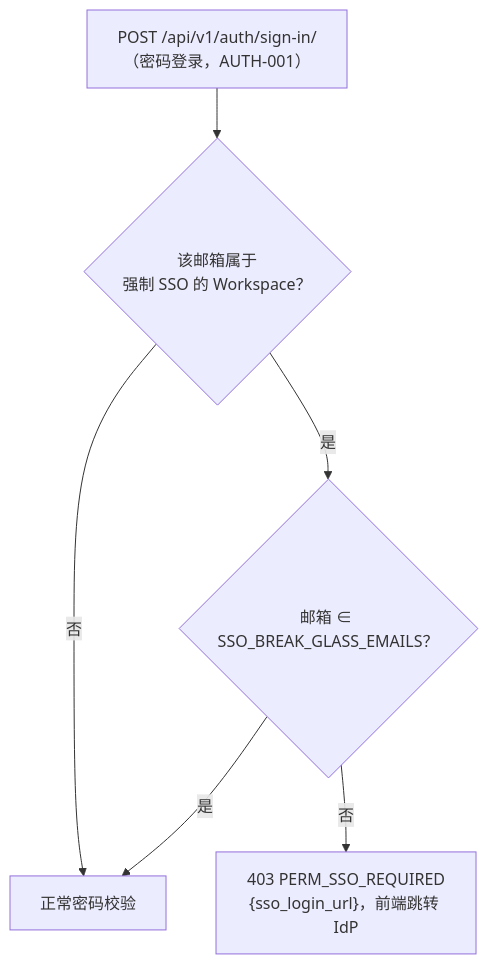
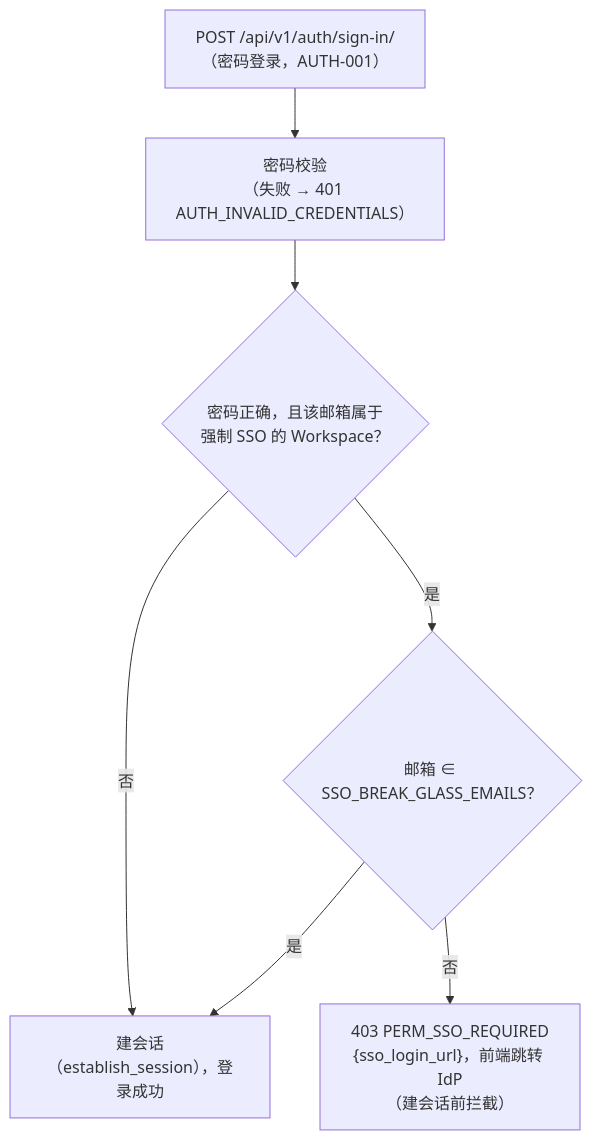
The third of 3 diagrams in docs/sprint-8-enterprise-org/AUTH-009-sso.md (RabbitAI-Lab/RabbitProjects), drawn with Mermaid before and after one commit. The commit also changed other lines of this file and 20 other files, not shown here.

````diff
--- a/docs/sprint-8-enterprise-org/AUTH-009-sso.md
+++ b/docs/sprint-8-enterprise-org/AUTH-009-sso.md
@@ -145,8 +148,9 @@
 ```mermaid
 flowchart TB
-    L["POST /api/v1/auth/sign-in/（密码登录，AUTH-001）"] --> Q1{"该邮箱属于<br/>强制 SSO 的 Workspace？"}
-    Q1 -- 否 --> P["正常密码校验"]
+    L["POST /api/v1/auth/sign-in/（密码登录，AUTH-001）"] --> V["密码校验<br/>（失败 → 401 AUTH_INVALID_CREDENTIALS）"]
+    V --> Q1{"密码正确，且该邮箱属于<br/>强制 SSO 的 Workspace？"}
+    Q1 -- 否 --> S["建会话（establish_session），登录成功"]
     Q1 -- 是 --> Q2{"邮箱 ∈ SSO_BREAK_GLASS_EMAILS？"}
-    Q2 -- 是 --> P
-    Q2 -- 否 --> R["403 PERM_SSO_REQUIRED<br/>{sso_login_url}，前端跳转 IdP"]
+    Q2 -- 是 --> S
+    Q2 -- 否 --> R["403 PERM_SSO_REQUIRED<br/>{sso_login_url}，前端跳转 IdP<br/>（建会话前拦截）"]
 ```
````
